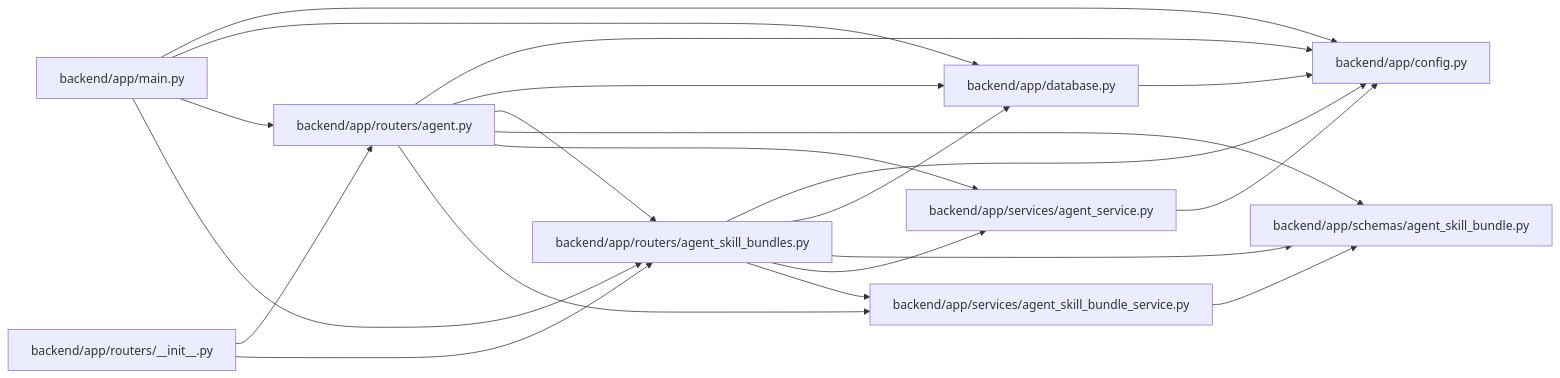
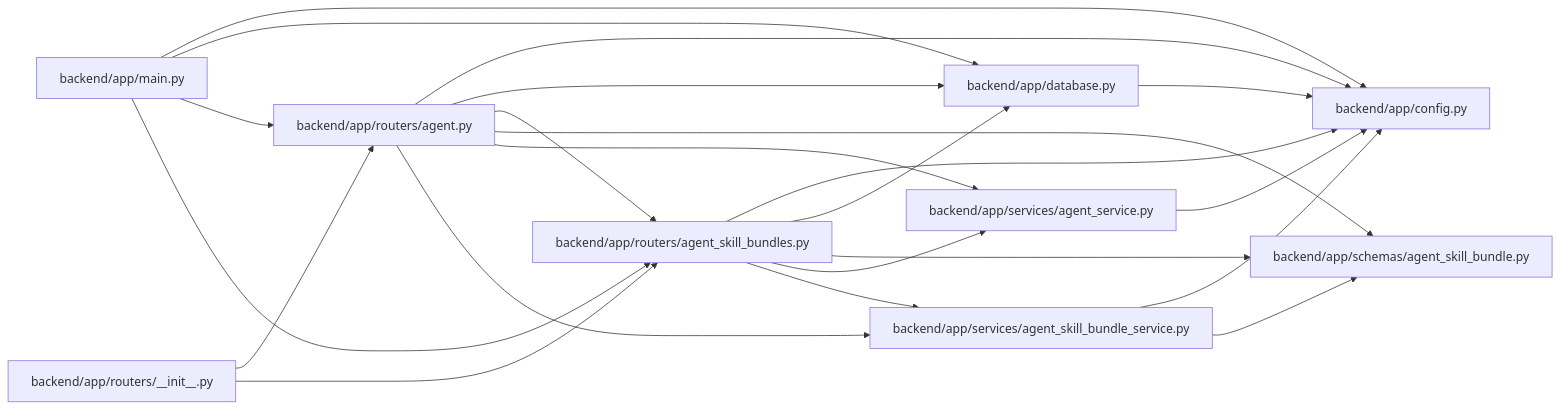
Before and after one commit to Denissvgn/WorkChord: the diagram in docs/llm_wiki/modules/agent_skill_bundles.md, drawn with Mermaid. The commit also changed 25171 other files, not shown here.

````diff
--- a/docs/llm_wiki/modules/agent_skill_bundles.md
+++ b/docs/llm_wiki/modules/agent_skill_bundles.md
@@ -26,41 +26,42 @@
 ```mermaid
 flowchart LR
     n0["backend/app/config.py"]
     n1["backend/app/database.py"]
     n2["backend/app/main.py"]
     n3["backend/app/routers/__init__.py"]
     n4["backend/app/routers/agent.py"]
     n5["backend/app/routers/agent_skill_bundles.py"]
     n6["backend/app/schemas/agent_skill_bundle.py"]
     n7["backend/app/services/agent_service.py"]
     n8["backend/app/services/agent_skill_bundle_service.py"]
     n1 --> n0
     n2 --> n0
     n2 --> n1
     n2 --> n4
     n2 --> n5
     n3 --> n4
     n3 --> n5
     n4 --> n0
     n4 --> n1
     n4 --> n5
     n4 --> n6
     n4 --> n7
     n4 --> n8
     n5 --> n0
     n5 --> n1
     n5 --> n6
     n5 --> n7
     n5 --> n8
     n7 --> n0
+    n8 --> n0
     n8 --> n6
     click n0 "../modules/config.md"
     click n1 "../modules/app_database.md"
     click n2 "../modules/app_main.md"
     click n3 "../modules/routers___init__.md"
     click n4 "../modules/routers_agent.md"
     click n5 "../modules/agent_skill_bundles.md"
     click n6 "../modules/agent_skill_bundle.md"
     click n7 "../modules/agent_service.md"
     click n8 "../modules/agent_skill_bundle_service.md"
 ```
````
